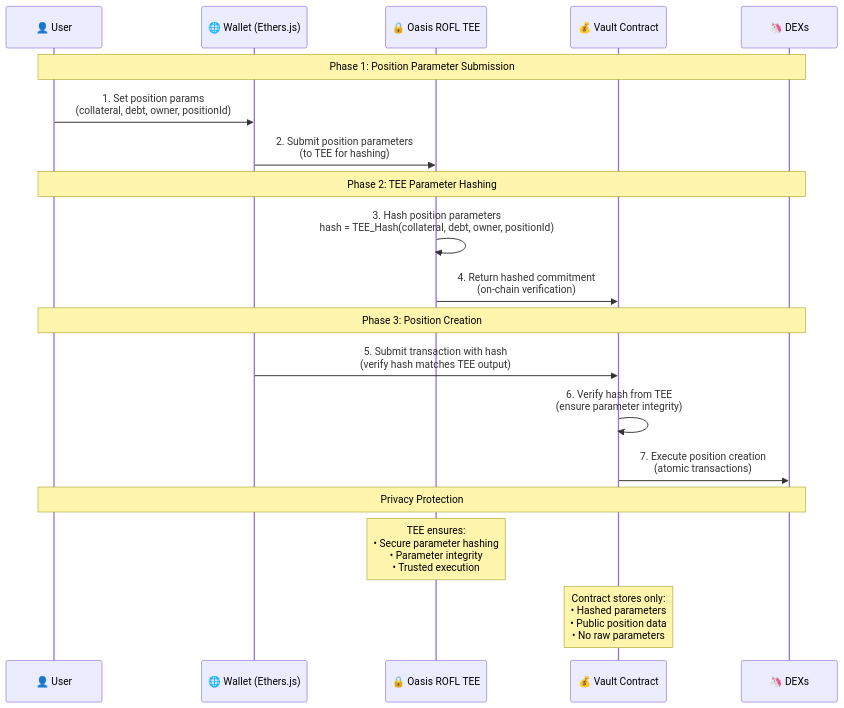
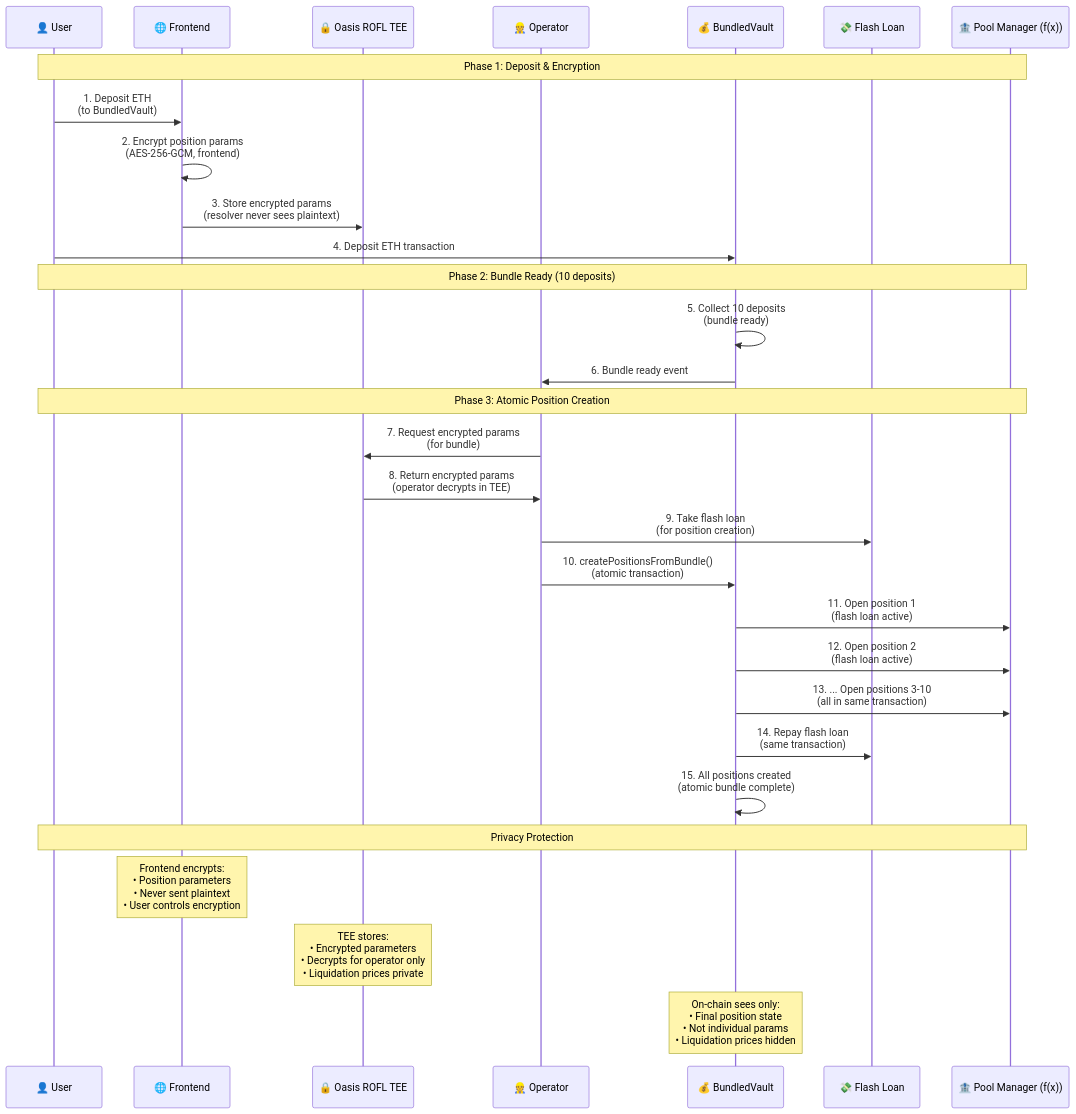
The third of 5 diagrams in mermaid/shadow-splitter-v2.md (arseneeth/shayd), drawn with Mermaid before and after one commit. The commit also changed other lines of this file and 22 other files, not shown here.

````diff
--- a/mermaid/shadow-splitter-v2.md
+++ b/mermaid/shadow-splitter-v2.md
@@ -94,25 +102,36 @@
 ```mermaid
 sequenceDiagram
     participant U as 👤 User
-    participant W as 🌐 Wallet (Ethers.js)
+    participant F as 🌐 Frontend
     participant T as 🔒 Oasis ROFL TEE
-    participant C as 💰 Vault Contract
-    participant D as 🦄 DEXs
+    participant O as 👷 Operator
+    participant V as 💰 BundledVault
+    participant FL as 💸 Flash Loan
+    participant P as 🏦 Pool Manager (f(x))
     
-    Note over U,D: Phase 1: Position Parameter Submission
-    U->>W: 1. Set position params<br/>(collateral, debt, owner, positionId)
-    W->>T: 2. Submit position parameters<br/>(to TEE for hashing)
+    Note over U,P: Phase 1: Deposit & Encryption
+    U->>F: 1. Deposit ETH<br/>(to BundledVault)
+    F->>F: 2. Encrypt position params<br/>(AES-256-GCM, frontend)
+    F->>T: 3. Store encrypted params<br/>(resolver never sees plaintext)
+    U->>V: 4. Deposit ETH transaction
     
-    Note over U,D: Phase 2: TEE Parameter Hashing
-    T->>T: 3. Hash position parameters<br/>hash = TEE_Hash(collateral, debt, owner, positionId)
-    T->>C: 4. Return hashed commitment<br/>(on-chain verification)
+    Note over U,P: Phase 2: Bundle Ready (10 deposits)
+    V->>V: 5. Collect 10 deposits<br/>(bundle ready)
+    V->>O: 6. Bundle ready event
     
-    Note over U,D: Phase 3: Position Creation
-    W->>C: 5. Submit transaction with hash<br/>(verify hash matches TEE output)
-    C->>C: 6. Verify hash from TEE<br/>(ensure parameter integrity)
-    C->>D: 7. Execute position creation<br/>(atomic transactions)
+    Note over U,P: Phase 3: Atomic Position Creation
+    O->>T: 7. Request encrypted params<br/>(for bundle)
+    T->>O: 8. Return encrypted params<br/>(operator decrypts in TEE)
+    O->>FL: 9. Take flash loan<br/>(for position creation)
+    O->>V: 10. createPositionsFromBundle()<br/>(atomic transaction)
+    V->>P: 11. Open position 1<br/>(flash loan active)
+    V->>P: 12. Open position 2<br/>(flash loan active)
+    V->>P: 13. ... Open positions 3-10<br/>(all in same transaction)
+    V->>FL: 14. Repay flash loan<br/>(same transaction)
+    V->>V: 15. All positions created<br/>(atomic bundle complete)
     
-    Note over U,D: Privacy Protection
-    Note over T: TEE ensures:<br/>• Secure parameter hashing<br/>• Parameter integrity<br/>• Trusted execution
-    Note over C: Contract stores only:<br/>• Hashed parameters<br/>• Public position data<br/>• No raw parameters
+    Note over U,P: Privacy Protection
+    Note over F: Frontend encrypts:<br/>• Position parameters<br/>• Never sent plaintext<br/>• User controls encryption
+    Note over T: TEE stores:<br/>• Encrypted parameters<br/>• Decrypts for operator only<br/>• Liquidation prices private
+    Note over V: On-chain sees only:<br/>• Final position state<br/>• Not individual params<br/>• Liquidation prices hidden
 ```
````
